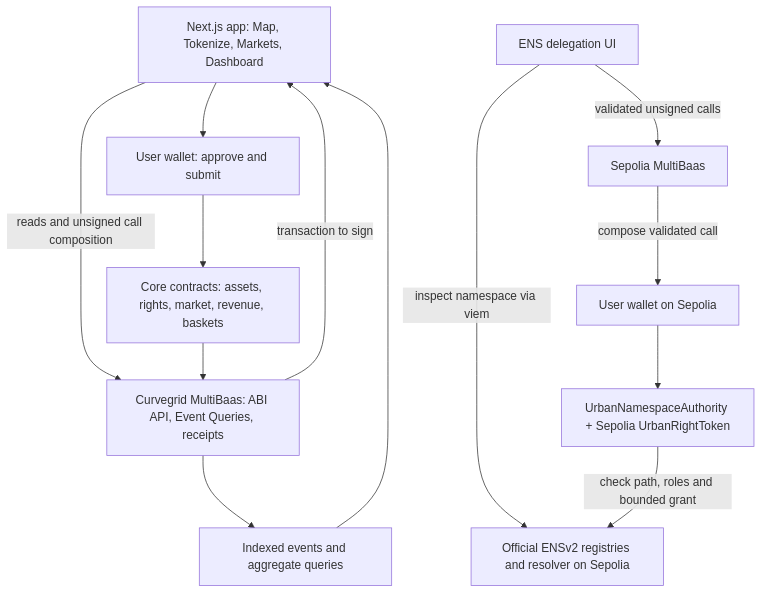
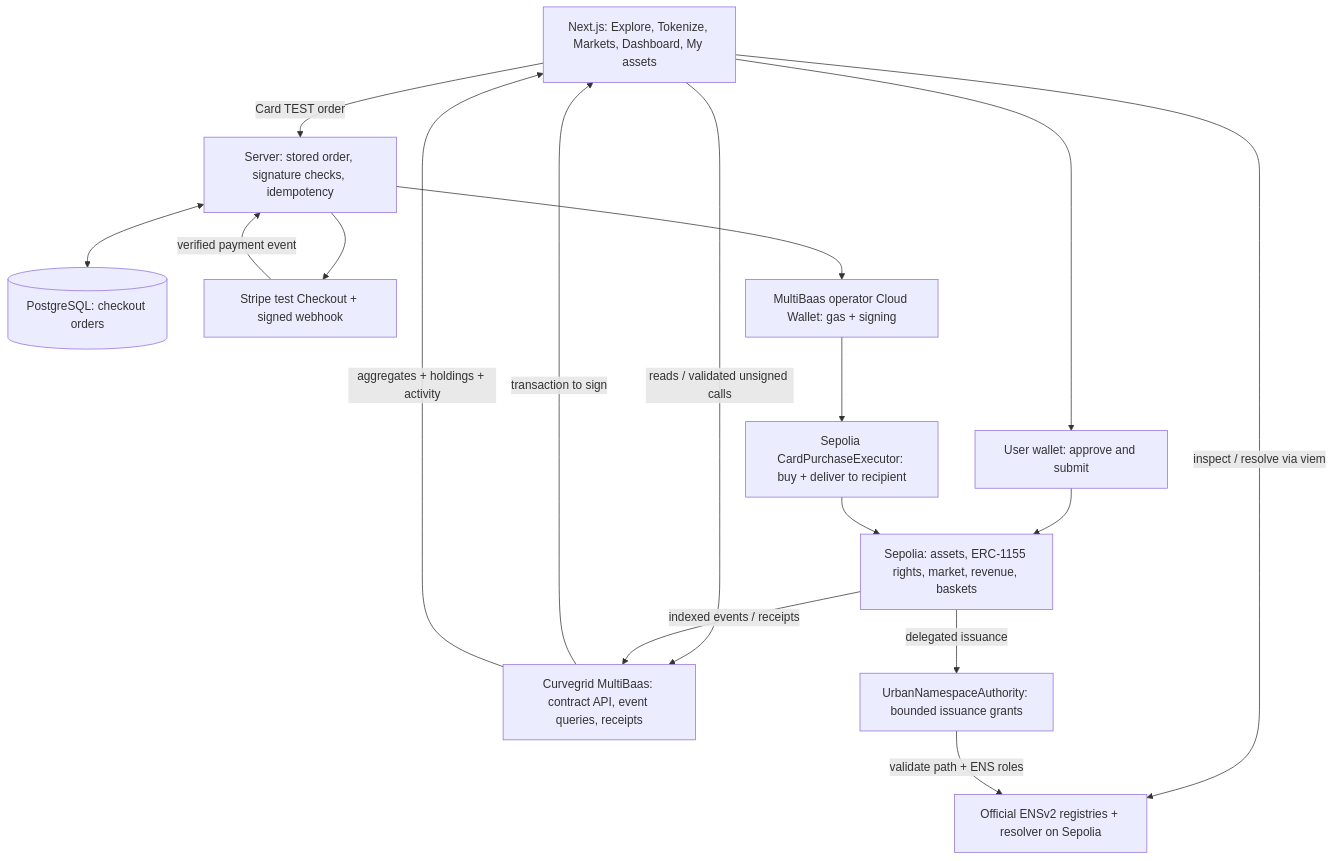
Before and after one commit to natsukingly/tokenize-tokyo: the diagram in README.md, drawn with Mermaid. The commit also changed other lines of this file and 1 other file, not shown here.

Commit message:
docs: align Curvegrid submission README with verified release

````diff
--- a/README.md
+++ b/README.md
@@ -87,23 +122,28 @@
 ```mermaid
 flowchart TD
-    UI["Next.js app: Map, Tokenize, Markets, Dashboard"]
-    MB["Curvegrid MultiBaas: ABI API, Event Queries, receipts"]
+    UI["Next.js: Explore, Tokenize, Markets, Dashboard, My assets"]
+    MB["Curvegrid MultiBaas: contract API, event queries, receipts"]
     WALLET["User wallet: approve and submit"]
-    CORE["Core contracts: assets, rights, market, revenue, baskets"]
-    EVENTS["Indexed events and aggregate queries"]
-    ENSUI["ENS delegation UI"]
-    ENS["Official ENSv2 registries and resolver on Sepolia"]
-    AUTH["UrbanNamespaceAuthority + Sepolia UrbanRightToken"]
+    CORE["Sepolia: assets, ERC-1155 rights, market, revenue, baskets"]
+    SERVER["Server: stored order, signature checks, idempotency"]
+    DB[("PostgreSQL: checkout orders")]
+    STRIPE["Stripe test Checkout + signed webhook"]
+    CLOUD["MultiBaas operator Cloud Wallet: gas + signing"]
+    CARD["Sepolia CardPurchaseExecutor: buy + deliver to recipient"]
+    ENS["Official ENSv2 registries + resolver on Sepolia"]
+    AUTH["UrbanNamespaceAuthority: bounded issuance grants"]
 
-    UI -->|"reads and unsigned call composition"| MB
+    UI -->|"reads / validated unsigned calls"| MB
     MB -->|"transaction to sign"| UI
-    UI --> WALLET
-    WALLET --> CORE
-    CORE --> MB
-    MB --> EVENTS --> UI
-    ENSUI -->|"inspect namespace via viem"| ENS
-    ENSUI -->|"validated unsigned calls"| ENSMB["Sepolia MultiBaas"]
-    ENSMB -->|"compose validated call"| ENSWALLET["User wallet on Sepolia"]
-    ENSWALLET --> AUTH
-    AUTH -->|"check path, roles and bounded grant"| ENS
+    UI --> WALLET --> CORE
+    CORE -->|"indexed events / receipts"| MB
+    MB -->|"aggregates + holdings + activity"| UI
+    UI -->|"Card TEST order"| SERVER
+    SERVER <--> DB
+    SERVER --> STRIPE
+    STRIPE -->|"verified payment event"| SERVER
+    SERVER --> CLOUD --> CARD --> CORE
+    UI -->|"inspect / resolve via viem"| ENS
+    CORE -->|"delegated issuance"| AUTH
+    AUTH -->|"validate path + ENS roles"| ENS
 ```
````
